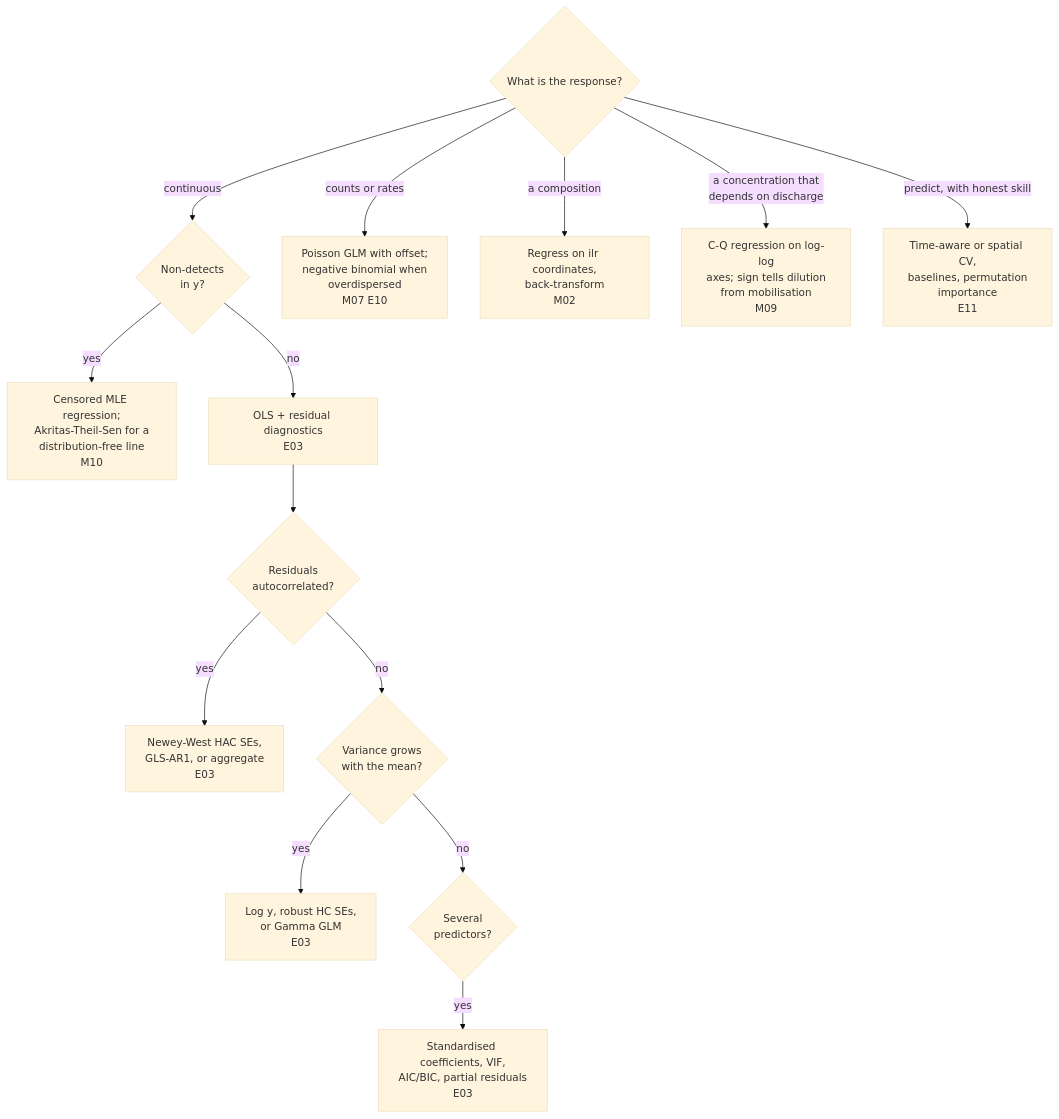
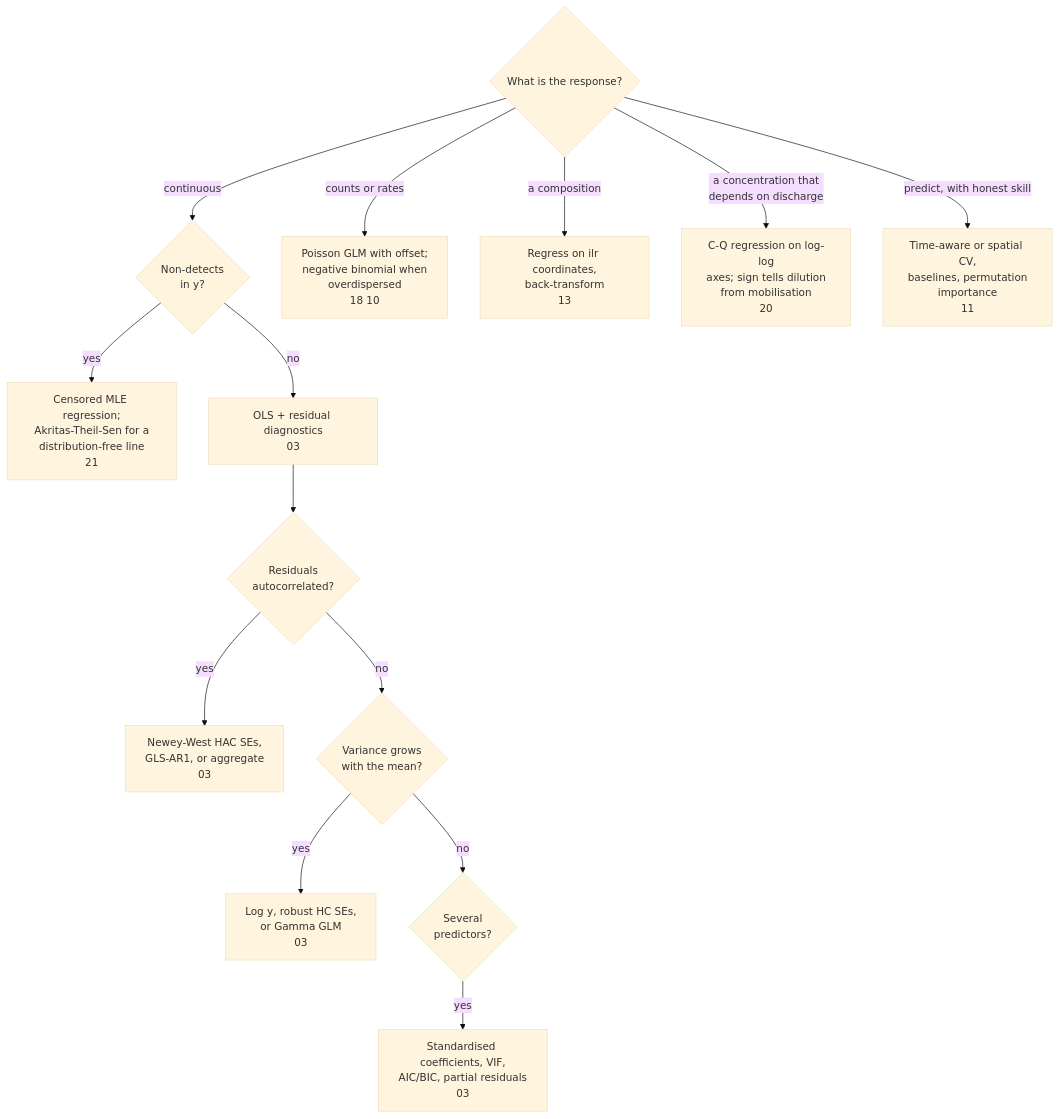
The third of 7 diagrams in FLOWCHART.md (ethannol/stats-cheatsheet), drawn with Mermaid (base theme) before and after one commit. The commit also changed other lines of this file and 31 other files, not shown here.

````diff
--- a/FLOWCHART.md
+++ b/FLOWCHART.md
@@ -66,16 +66,16 @@
 ```mermaid
 flowchart TD
     A{What is the response?} -- "continuous" --> B{Non-detects<br>in y?}
-    B -- yes --> B1[Censored MLE regression;<br>Akritas-Theil-Sen for a<br>distribution-free line<br>M10]
-    B -- no --> C[OLS + residual diagnostics<br>E03]
+    B -- yes --> B1[Censored MLE regression;<br>Akritas-Theil-Sen for a<br>distribution-free line<br>21]
+    B -- no --> C[OLS + residual diagnostics<br>03]
     C --> D{Residuals<br>autocorrelated?}
-    D -- yes --> D1[Newey-West HAC SEs,<br>GLS-AR1, or aggregate<br>E03]
+    D -- yes --> D1[Newey-West HAC SEs,<br>GLS-AR1, or aggregate<br>03]
     D -- no --> E{Variance grows<br>with the mean?}
-    E -- yes --> E1[Log y, robust HC SEs,<br>or Gamma GLM<br>E03]
+    E -- yes --> E1[Log y, robust HC SEs,<br>or Gamma GLM<br>03]
     E -- no --> F{Several<br>predictors?}
-    F -- yes --> F1[Standardised coefficients, VIF,<br>AIC/BIC, partial residuals<br>E03]
-    A -- "counts or rates" --> G[Poisson GLM with offset;<br>negative binomial when<br>overdispersed<br>M07 E10]
-    A -- "a composition" --> H[Regress on ilr coordinates,<br>back-transform<br>M02]
-    A -- "a concentration that<br>depends on discharge" --> I[C-Q regression on log-log<br>axes; sign tells dilution<br>from mobilisation<br>M09]
-    A -- "predict, with honest skill" --> J[Time-aware or spatial CV,<br>baselines, permutation<br>importance<br>E11]
+    F -- yes --> F1[Standardised coefficients, VIF,<br>AIC/BIC, partial residuals<br>03]
+    A -- "counts or rates" --> G[Poisson GLM with offset;<br>negative binomial when<br>overdispersed<br>18 10]
+    A -- "a composition" --> H[Regress on ilr coordinates,<br>back-transform<br>13]
+    A -- "a concentration that<br>depends on discharge" --> I[C-Q regression on log-log<br>axes; sign tells dilution<br>from mobilisation<br>20]
+    A -- "predict, with honest skill" --> J[Time-aware or spatial CV,<br>baselines, permutation<br>importance<br>11]
 ```
````
